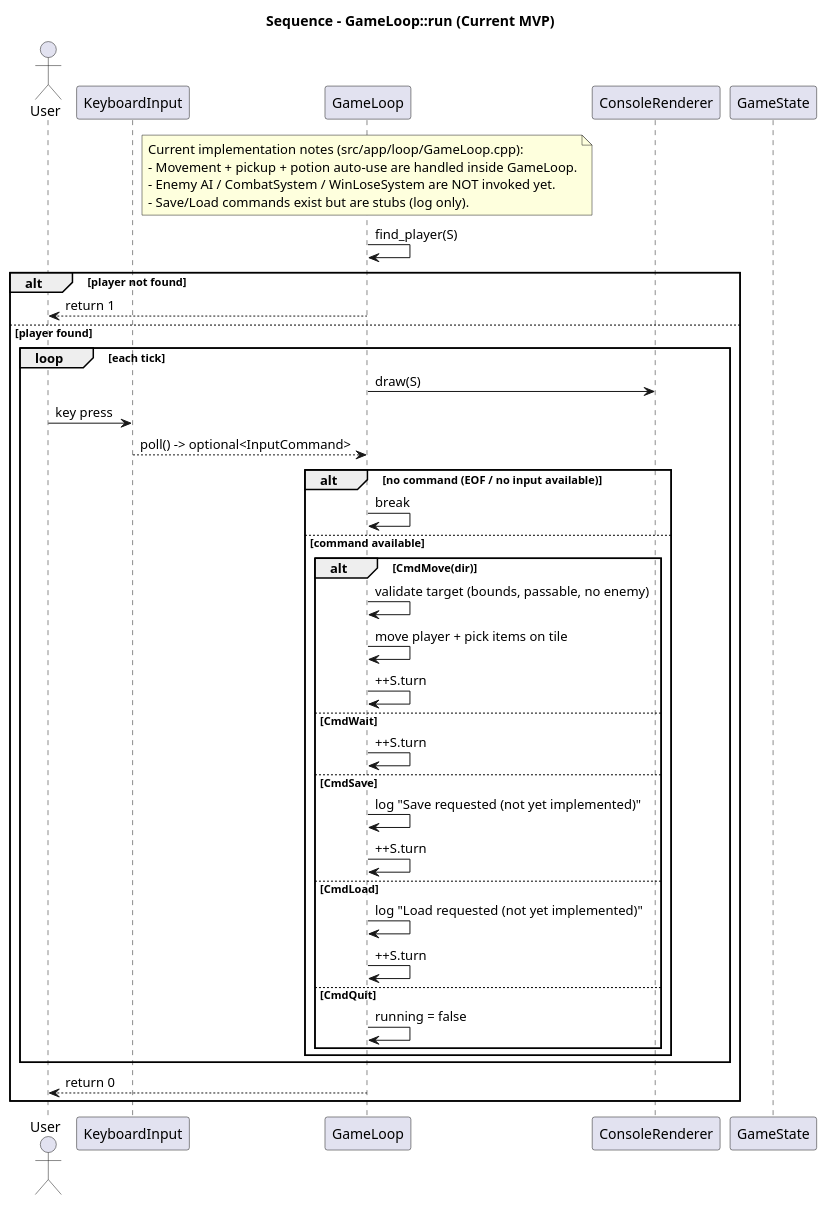
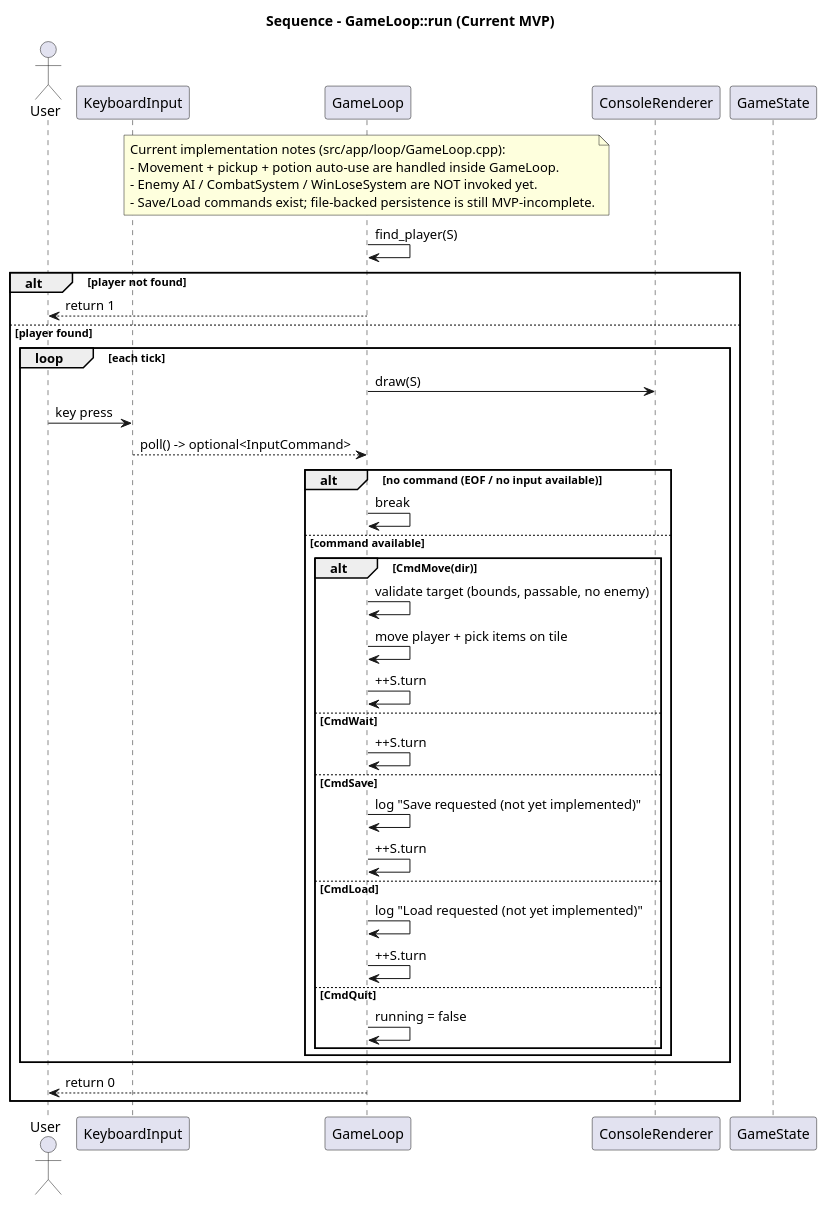
One commit to Sage-Cat/labyrinth_game changed the diagram in docs/diagrams/game_loop_SD.puml. Above: the diagram before and after it, drawn with PlantUML. The commit also changed 3 other files, not shown here.

First line of the commit message:
fix: docs: update README and diagrams for implemented MVP behavior

```diff
--- a/docs/diagrams/game_loop_SD.puml
+++ b/docs/diagrams/game_loop_SD.puml
@@ -1,50 +1,50 @@
 @startuml
 title "Sequence – GameLoop::run (Current MVP)"
 
 actor User
 participant KeyboardInput as In
 participant GameLoop as Loop
 participant ConsoleRenderer as R
 participant GameState as S
 
 note over Loop
   Current implementation notes (src/app/loop/GameLoop.cpp):
   - Movement + pickup + potion auto-use are handled inside GameLoop.
   - Enemy AI / CombatSystem / WinLoseSystem are NOT invoked yet.
-  - Save/Load commands exist but are stubs (log only).
+  - Save/Load commands exist; file-backed persistence is still MVP-incomplete.
 end note
 
 Loop -> Loop : find_player(S)
 alt player not found
   Loop --> User : return 1
 else player found
   loop each tick
     Loop -> R : draw(S)
 
     User -> In : key press
     In --> Loop : poll() -> optional<InputCommand>
 
     alt no command (EOF / no input available)
       Loop -> Loop : break
     else command available
       alt CmdMove(dir)
         Loop -> Loop : validate target (bounds, passable, no enemy)
         Loop -> Loop : move player + pick items on tile
         Loop -> Loop : ++S.turn
       else CmdWait
         Loop -> Loop : ++S.turn
       else CmdSave
         Loop -> Loop : log "Save requested (not yet implemented)"
         Loop -> Loop : ++S.turn
       else CmdLoad
         Loop -> Loop : log "Load requested (not yet implemented)"
         Loop -> Loop : ++S.turn
       else CmdQuit
         Loop -> Loop : running = false
       end
     end
   end
 
   Loop --> User : return 0
 end
 @enduml
```
